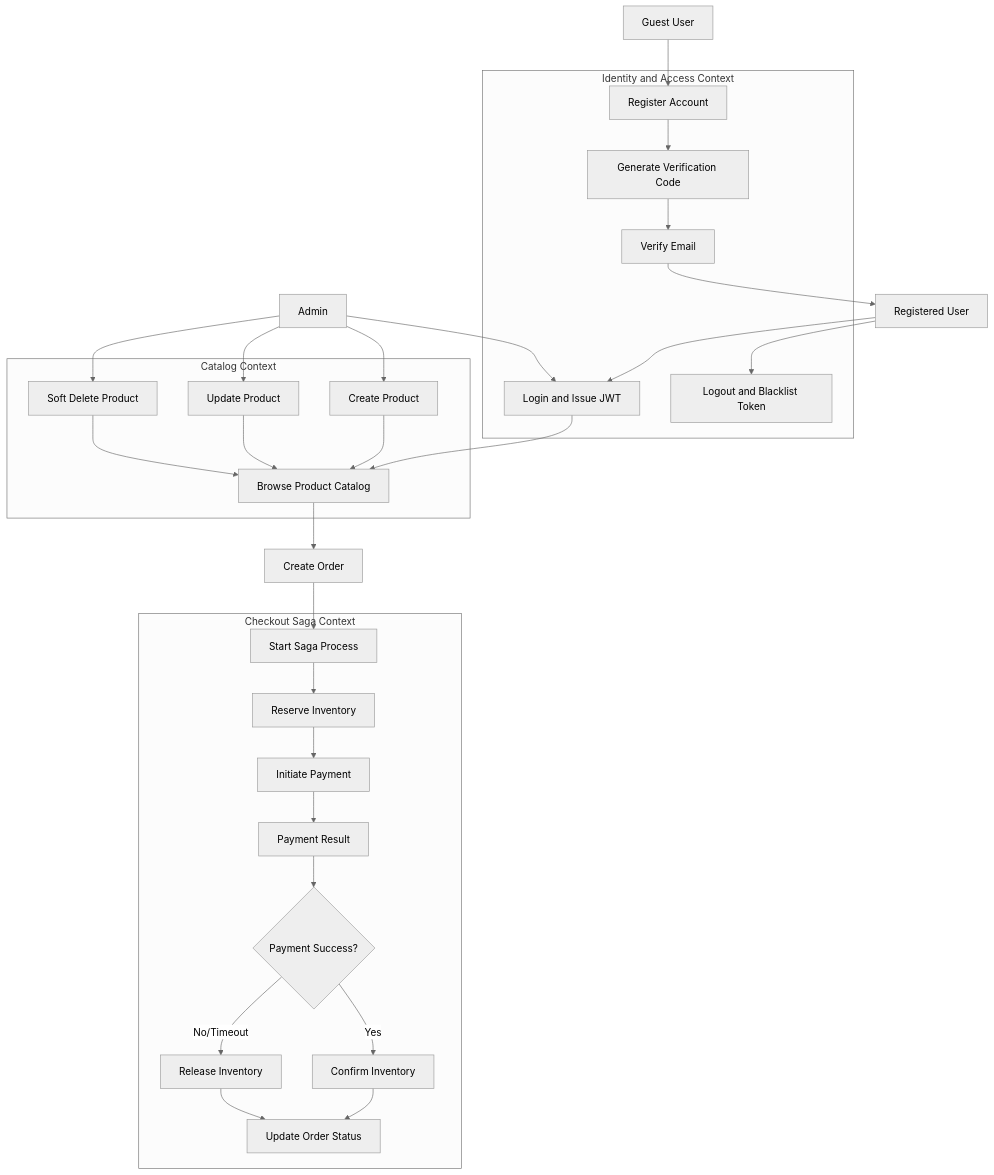
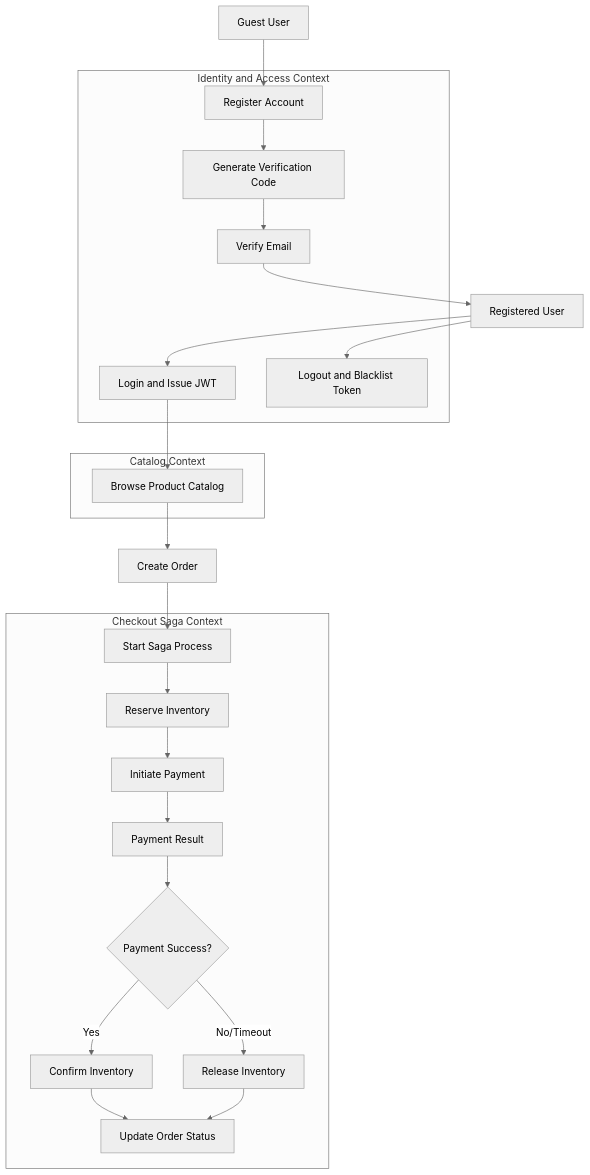
The first of 7 diagrams in analysis-and-design-ddd.md (baosatboiz/asd), drawn with Mermaid (neutral theme) before and after one commit. The commit also changed other lines of this file, not shown here.

````diff
--- a/analysis-and-design-ddd.md
+++ b/analysis-and-design-ddd.md
@@ -26,51 +26,41 @@
 ```mermaid
 flowchart TD
     G[Guest User] --> R[Register Account]
     R --> VC[Generate Verification Code]
     VC --> VE[Verify Email]
     VE --> U[Registered User]
 
     subgraph IAM[Identity and Access Context]
         R
         VC
         VE
         LG[Login and Issue JWT]
         LO[Logout and Blacklist Token]
     end
 
     U --> LG
     U --> LO
 
     subgraph CAT[Catalog Context]
         BR[Browse Product Catalog]
-        CP[Create Product]
-        UP[Update Product]
-        DP[Soft Delete Product]
     end
 
     LG --> BR
-    A[Admin] --> LG
-    A --> CP
-    A --> UP
-    A --> DP
-    CP --> BR
-    UP --> BR
-    DP --> BR
 
     BR --> CO[Create Order]
 
     subgraph CHECKOUT[Checkout Saga Context]
         SP[Start Saga Process]
         RS[Reserve Inventory]
         PI[Initiate Payment]
         PS[Payment Result]
         GW{Payment Success?}
         CF[Confirm Inventory]
         RL[Release Inventory]
         US[Update Order Status]
     end
 
     CO --> SP --> RS --> PI --> PS --> GW
     GW -->|Yes| CF --> US
     GW -->|No/Timeout| RL --> US
 ```
````
